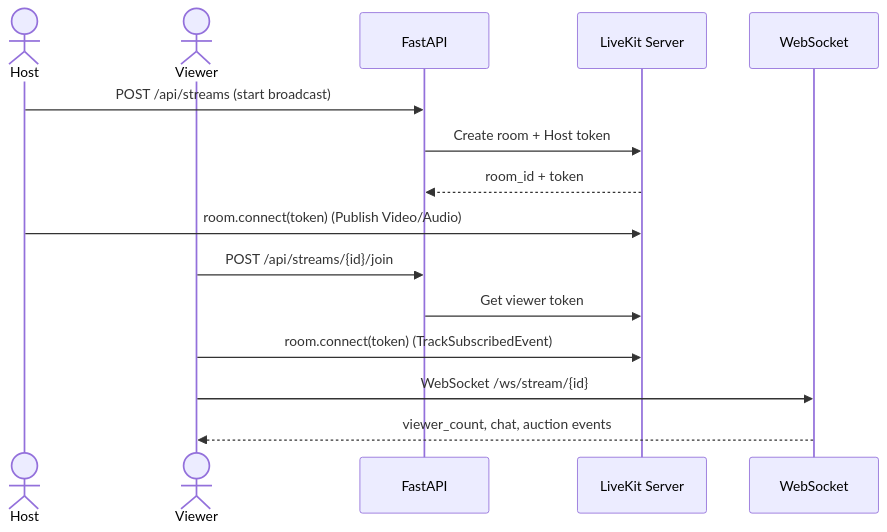
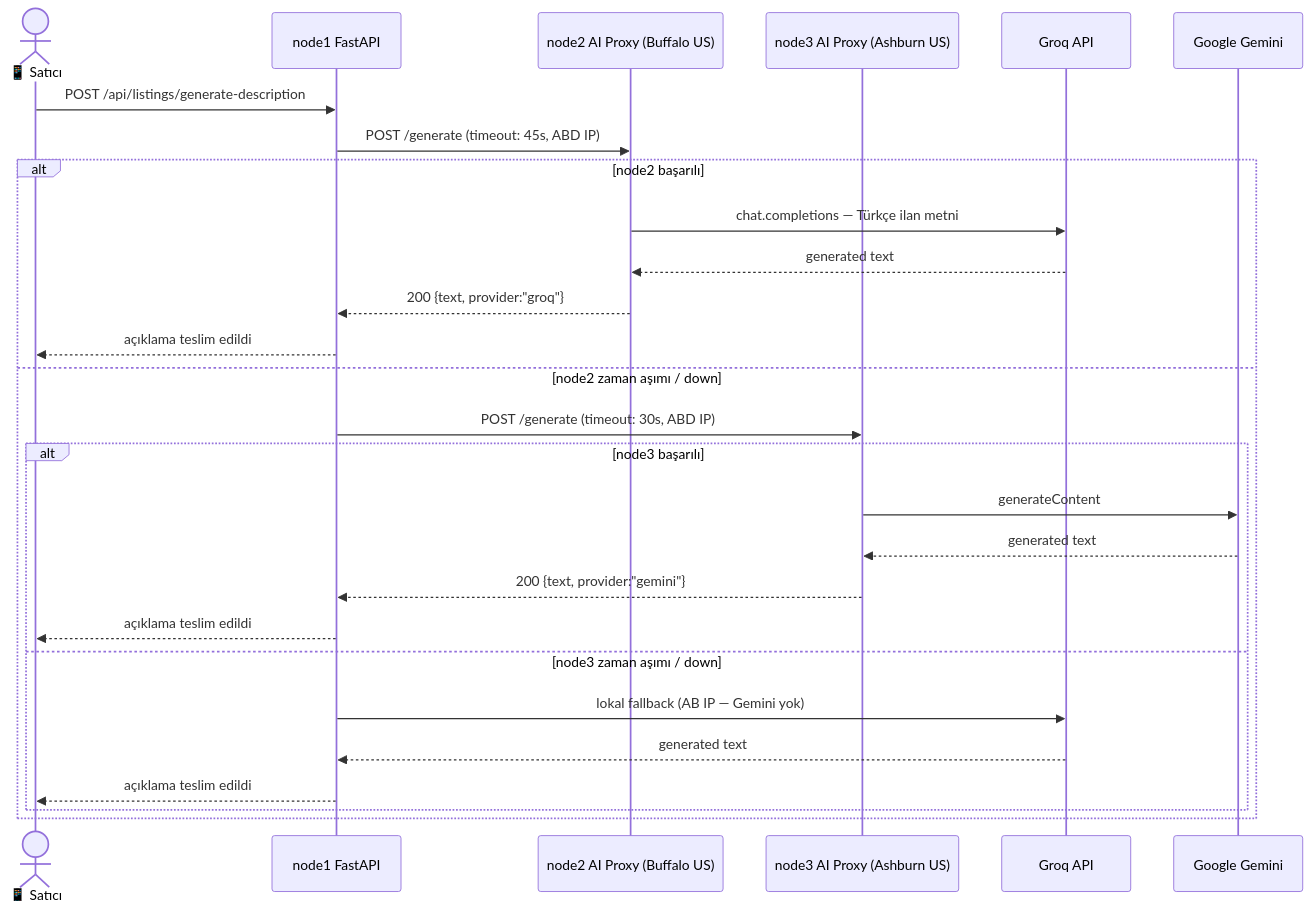
The fifth of 14 diagrams in README.md (tucibeyin/teqlif), drawn with Mermaid before and after one commit. The commit also changed other lines of this file, not shown here.

````diff
--- a/README.md
+++ b/README.md
@@ -111,19 +315,30 @@
 ```mermaid
 sequenceDiagram
-    actor Host
-    actor Viewer
-    participant API as FastAPI
-    participant LK as LiveKit Server
-    participant WS as WebSocket
+    actor User as 📱 Satıcı
+    participant API as node1 FastAPI
+    participant N2 as node2 AI Proxy (Buffalo US)
+    participant N3 as node3 AI Proxy (Ashburn US)
+    participant GROQ as Groq API
+    participant GEM as Google Gemini
 
-    Host->>API: POST /api/streams (start broadcast)
-    API->>LK: Create room + Host token
-    LK-->>API: room_id + token
-    Host->>LK: room.connect(token) (Publish Video/Audio)
-
-    Viewer->>API: POST /api/streams/{id}/join
-    API->>LK: Get viewer token
-    Viewer->>LK: room.connect(token) (TrackSubscribedEvent)
-    Viewer->>WS: WebSocket /ws/stream/{id}
-    WS-->>Viewer: viewer_count, chat, auction events
+    User->>API: POST /api/listings/generate-description
+    API->>N2: POST /generate (timeout: 45s, ABD IP)
+    alt node2 başarılı
+        N2->>GROQ: chat.completions — Türkçe ilan metni
+        GROQ-->>N2: generated text
+        N2-->>API: 200 {text, provider:"groq"}
+        API-->>User: açıklama teslim edildi
+    else node2 zaman aşımı / down
+        API->>N3: POST /generate (timeout: 30s, ABD IP)
+        alt node3 başarılı
+            N3->>GEM: generateContent
+            GEM-->>N3: generated text
+            N3-->>API: 200 {text, provider:"gemini"}
+            API-->>User: açıklama teslim edildi
+        else node3 zaman aşımı / down
+            API->>GROQ: lokal fallback (AB IP — Gemini yok)
+            GROQ-->>API: generated text
+            API-->>User: açıklama teslim edildi
+        end
+    end
 ```
````
